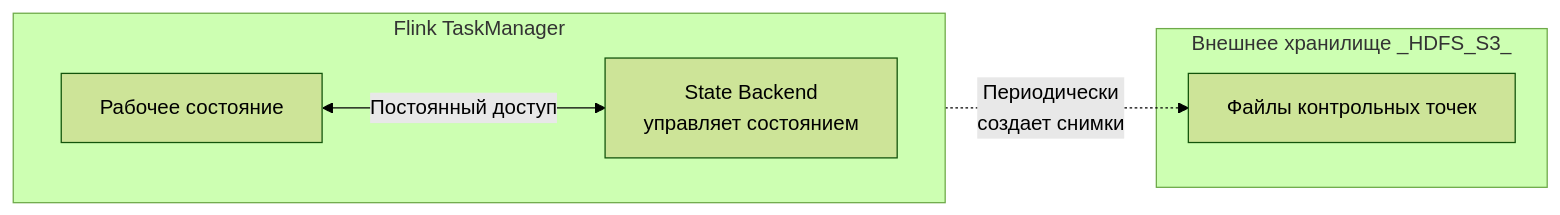
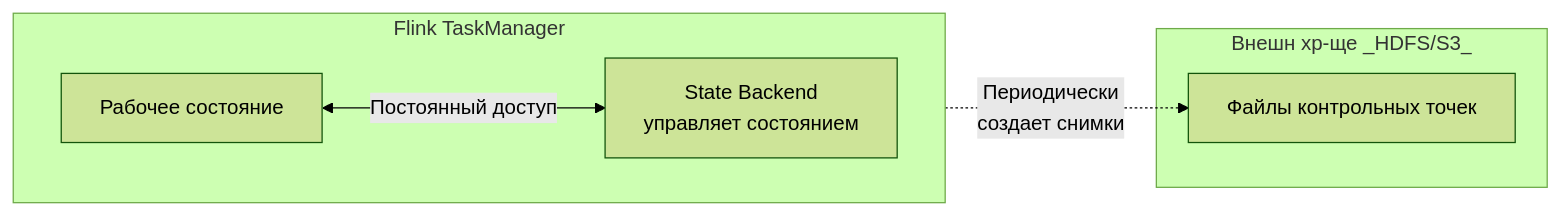
One commit to AV-ghub/StarRocks changed the diagram in 006 Integration/Apache Flink CDC/007 7 Tips For Optimizing Apache Flink Applications.md. Above: the diagram before and after it, drawn with Mermaid (forest theme).

Commit message:
Update 007 7 Tips For Optimizing Apache Flink Applications.md

````diff
--- a/006 Integration/Apache Flink CDC/007 7 Tips For Optimizing Apache Flink Applications.md
+++ b/006 Integration/Apache Flink CDC/007 7 Tips For Optimizing Apache Flink Applications.md
@@ -90,15 +90,15 @@
 ```mermaid
 flowchart LR
     subgraph Flink_TaskManager[Flink TaskManager]
         direction LR
         Working_State[Рабочее состояние]
         State_Backend[State Backend<br>управляет состоянием]
     end
 
-    subgraph External_Storage[Внешнее хранилище _HDFS_S3_]
+    subgraph External_Storage[Внешн хр-ще _HDFS/S3_]
         Checkpoint_Files[Файлы контрольных точек]
     end
 
     Working_State <-->|Постоянный доступ| State_Backend
     State_Backend -.->|Периодически<br>создает снимки| Checkpoint_Files
 ```
````
